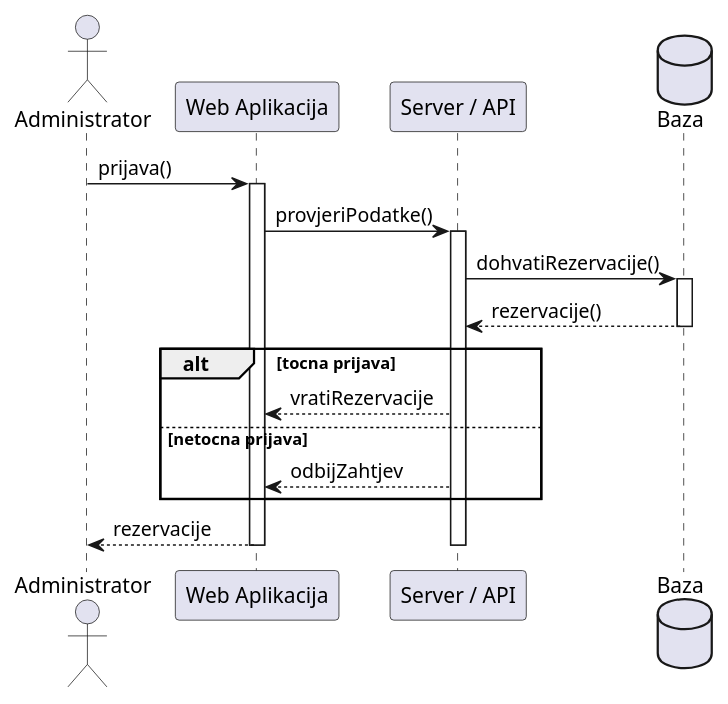
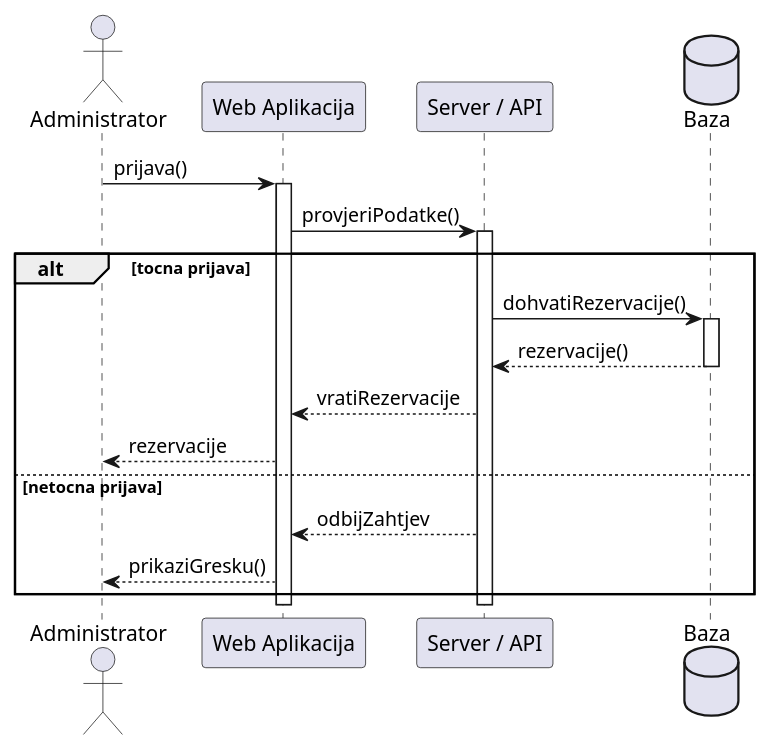
The third of 4 diagrams in uml.md (pero999/softversko), drawn with PlantUML before and after one commit. The commit also changed other lines of this file, not shown here.

First line of the commit message:
Revise UML diagrams and enhance descriptions

````diff
--- a/uml.md
+++ b/uml.md
@@ -64,25 +94,25 @@
+```plantuml
 @startuml
 actor Administrator 
 participant UI as "Web Aplikacija"
 participant API as "Server / API"
 database DB as "Baza"
-
 Administrator -> UI : prijava()
 activate UI
 UI -> API : provjeriPodatke()
 activate API
-API -> DB : dohvatiRezervacije()
-activate DB
-DB --> API : rezervacije()
-deactivate DB
-
 alt tocna prijava
-API --> UI : vratiRezervacije
+    API -> DB : dohvatiRezervacije()
+    activate DB
+    DB --> API : rezervacije()
+    deactivate DB
+    API --> UI : vratiRezervacije
+    UI --> Administrator : rezervacije
 else netocna prijava 
-API --> UI : odbijZahtjev
+    API --> UI : odbijZahtjev
+    UI --> Administrator : prikaziGresku()
 end
-
-UI --> Administrator : rezervacije
 deactivate API 
 deactivate UI
 @enduml
+```
````
